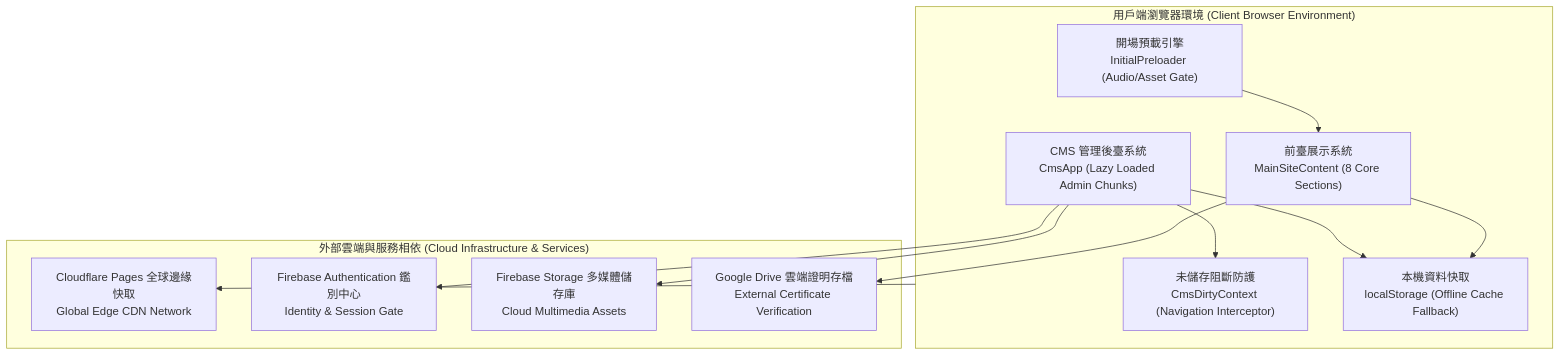
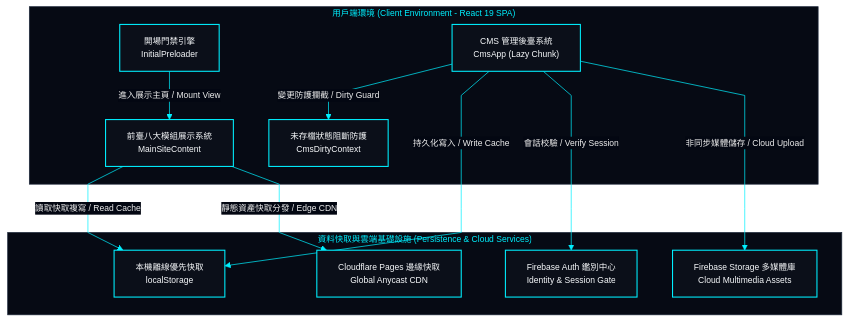
The second of 2 diagrams in docs/system-design/01-overview.md (EricXJason/my-portfolio-website), drawn with Mermaid before and after one commit. The commit also changed other lines of this file and 11 other files, not shown here.

Commit message:
feat: harmonize architecture diagrams, formalize developer preferences, and consolidate README specifications

````diff
--- a/docs/system-design/01-overview.md
+++ b/docs/system-design/01-overview.md
@@ -70,26 +98,48 @@
 ```mermaid
+%%{init: {
+  'theme': 'base',
+  'themeVariables': {
+    'darkMode': true,
+    'background': '#030712',
+    'mainBkg': '#0b0f19',
+    'nodeBorder': '#00f0ff',
+    'textColor': '#f8fafc',
+    'lineColor': '#00f0ff',
+    'clusterBkg': '#060a14',
+    'clusterBorder': '#1e293b',
+    'titleColor': '#00f0ff',
+    'edgeLabelBackground': '#030712',
+    'fontSize': '12px'
+  },
+  'flowchart': {
+    'curve': 'linear'
+  }
+}}%%
 flowchart TD
-    subgraph ClientBrowser ["用戶端瀏覽器環境 (Client Browser Environment)"]
-        Preloader["開場預載引擎<br>InitialPreloader (Audio/Asset Gate)"]
-        MainApp["前臺展示系統<br>MainSiteContent (8 Core Sections)"]
-        CMSApp["CMS 管理後臺系統<br>CmsApp (Lazy Loaded Admin Chunks)"]
-        StateGuard["未儲存阻斷防護<br>CmsDirtyContext (Navigation Interceptor)"]
-        LocalStorage["本機資料快取<br>localStorage (Offline Cache Fallback)"]
+    classDef hudCard fill:#0b0f19,stroke:#00f0ff,stroke-width:1.5px,color:#f8fafc;
+
+    subgraph TierBrowser ["用戶端環境 (Client Environment - React 19 SPA)"]
+        Preloader["開場門禁引擎<br>InitialPreloader"]:::hudCard
+        MainApp["前臺八大模組展示系統<br>MainSiteContent"]:::hudCard
+        CMSApp["CMS 管理後臺系統<br>CmsApp (Lazy Chunk)"]:::hudCard
+        StateGuard["未存檔狀態阻斷防護<br>CmsDirtyContext"]:::hudCard
     end
 
-    subgraph ExternalServices ["外部雲端與服務相依 (Cloud Infrastructure & Services)"]
-        CFPages["Cloudflare Pages 全球邊緣快取<br>Global Edge CDN Network"]
-        FBAuth["Firebase Authentication 鑑別中心<br>Identity & Session Gate"]
-        FBStorage["Firebase Storage 多媒體儲存庫<br>Cloud Multimedia Assets"]
-        Drive["Google Drive 雲端證明存檔<br>External Certificate Verification"]
+    subgraph TierServices ["資料快取與雲端基礎設施 (Persistence & Cloud Services)"]
+        LocalStorage["本機離線優先快取<br>localStorage"]:::hudCard
+        FBAuth["Firebase Auth 鑑別中心<br>Identity & Session Gate"]:::hudCard
+        FBStorage["Firebase Storage 多媒體庫<br>Cloud Multimedia Assets"]:::hudCard
+        CFPages["Cloudflare Pages 邊緣快取<br>Global Anycast CDN"]:::hudCard
     end
 
-    Preloader --> MainApp
-    MainApp --> LocalStorage
-    CMSApp --> StateGuard
-    CMSApp --> LocalStorage
-    CMSApp --> FBAuth
-    CMSApp --> FBStorage
-    MainApp --> Drive
-    ClientBrowser --> CFPages
+    Preloader -->|"進入展示主頁 / Mount View"| MainApp
+    MainApp -->|"讀取快取複寫 / Read Cache"| LocalStorage
+    CMSApp -->|"變更防護攔截 / Dirty Guard"| StateGuard
+    CMSApp -->|"持久化寫入 / Write Cache"| LocalStorage
+    CMSApp -->|"會話校驗 / Verify Session"| FBAuth
+    CMSApp -->|"非同步媒體儲存 / Cloud Upload"| FBStorage
+    MainApp -->|"靜態資產快取分發 / Edge CDN"| CFPages
+
+    style TierBrowser fill:#060a14,stroke:#1e293b,stroke-width:1px,color:#00f0ff
+    style TierServices fill:#060a14,stroke:#1e293b,stroke-width:1px,color:#00f0ff
 ```
````
